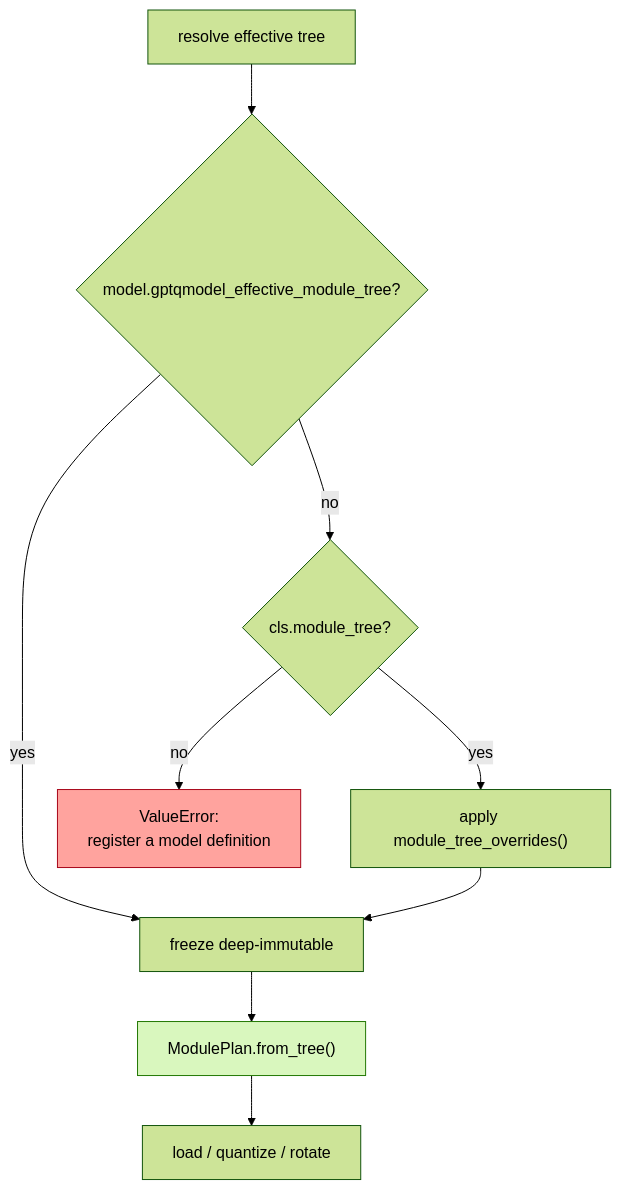
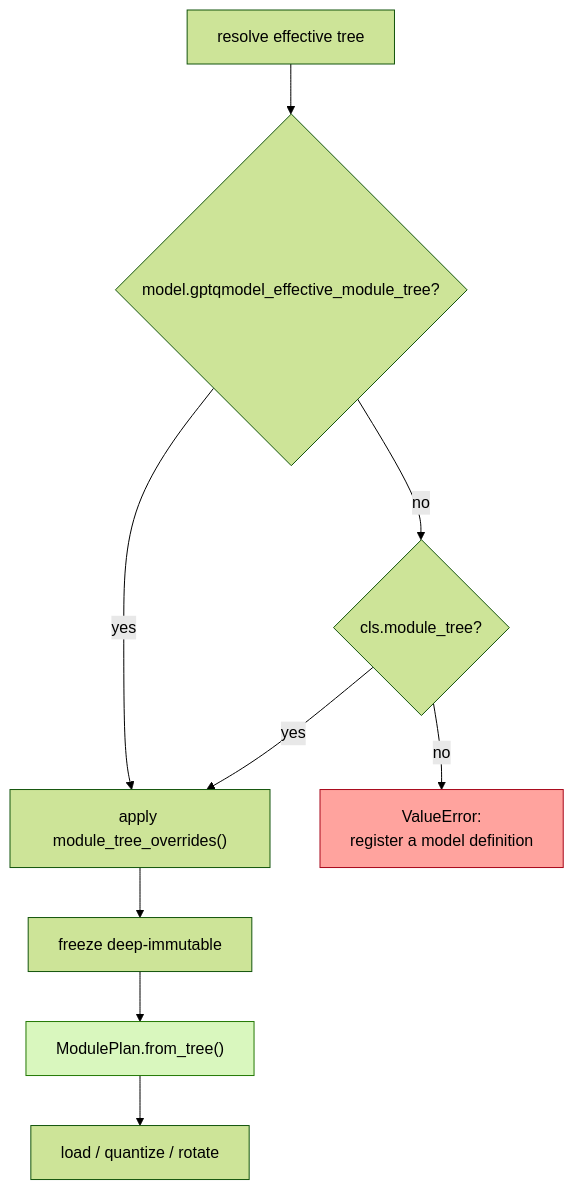
One commit to ModelCloud/GPTQModel changed diagram 13 of 13 in docs/model-tree-resolution.md. Above: the diagram before and after it, drawn with Mermaid (forest theme). The commit also changed other lines of this file and 4 other files, not shown here.

Commit message:
docs: explain module plans, model tags and DeepSeek V4.1 inventory

````diff
--- a/docs/model-tree-resolution.md
+++ b/docs/model-tree-resolution.md
@@ -373,13 +393,13 @@
 ```mermaid
 flowchart TD
     S["resolve effective tree"] --> I{"model.gptqmodel_effective_module_tree?"}
-    I -->|yes| F["freeze deep-immutable"]
+    I -->|yes| O["apply module_tree_overrides()"]
     I -->|no| C{"cls.module_tree?"}
-    C -->|yes| O["apply module_tree_overrides()"]
+    C -->|yes| O
     C -->|no| X["ValueError:<br/>register a model definition"]
-    O --> F
+    O --> F["freeze deep-immutable"]
     F --> P["ModulePlan.from_tree()"]
     P --> R["load / quantize / rotate"]
     style X fill:#ffa39e,stroke:#a8071a
     style P fill:#d9f7be,stroke:#237804
 ```
````
